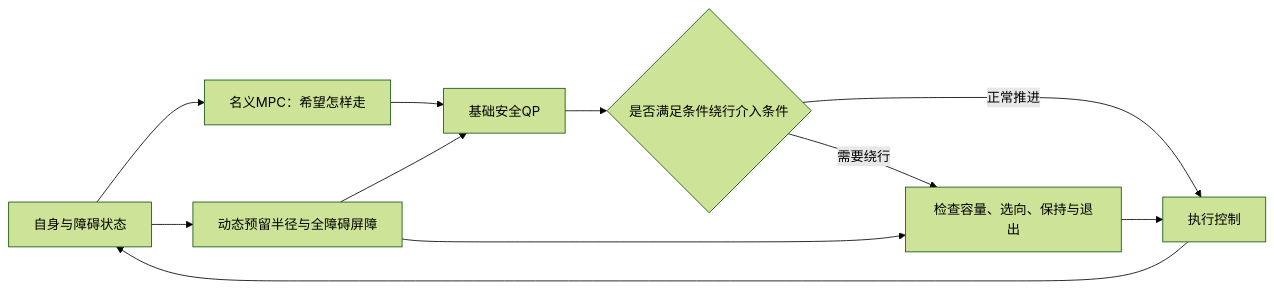
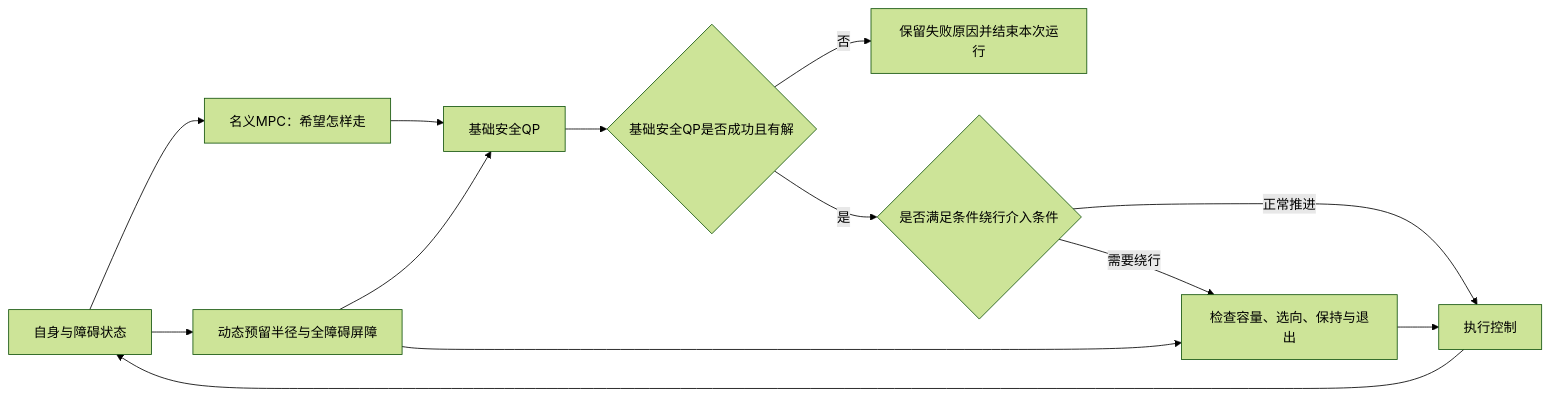
Before and after one commit to lx204914-ops/xr_teleoperate_SHU: the diagram in 3d-ra-dpcbf/README.md, drawn with Mermaid (forest theme). The commit also changed other lines of this file and 142 other files, not shown here.

````diff
--- a/3d-ra-dpcbf/README.md
+++ b/3d-ra-dpcbf/README.md
@@ -57,13 +57,15 @@
 ```mermaid
 flowchart LR
  A[自身与障碍状态] --> B[名义MPC：希望怎样走]
  A --> C[动态预留半径与全障碍屏障]
  B --> D[基础安全QP]
  C --> D
- D --> E{是否满足条件绕行介入条件}
+ D --> Q{基础安全QP是否成功且有解}
+ Q -- 否 --> X[保留失败原因并结束本次运行]
+ Q -- 是 --> E{是否满足条件绕行介入条件}
  E -- 正常推进 --> G[执行控制]
  E -- 需要绕行 --> F[检查容量、选向、保持与退出]
  C --> F
  F --> G
  G --> A
 ```
````
